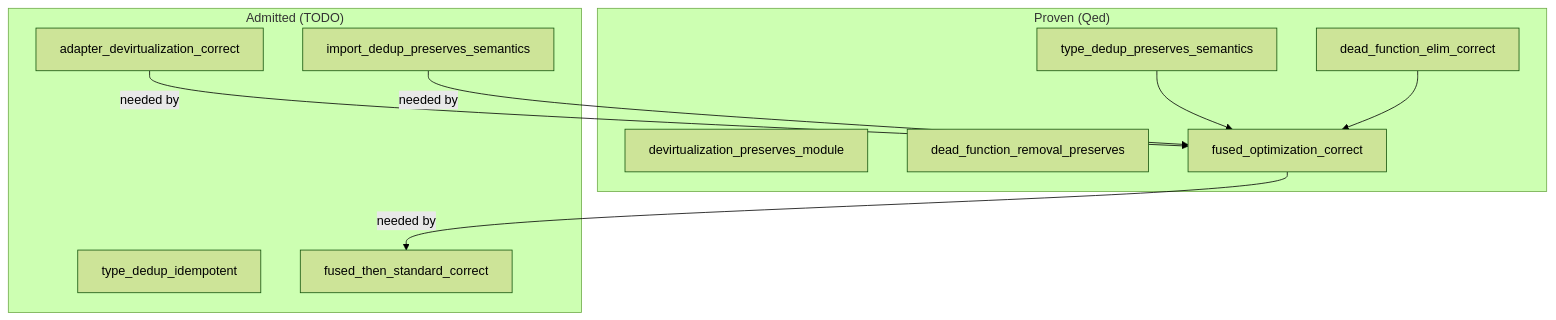
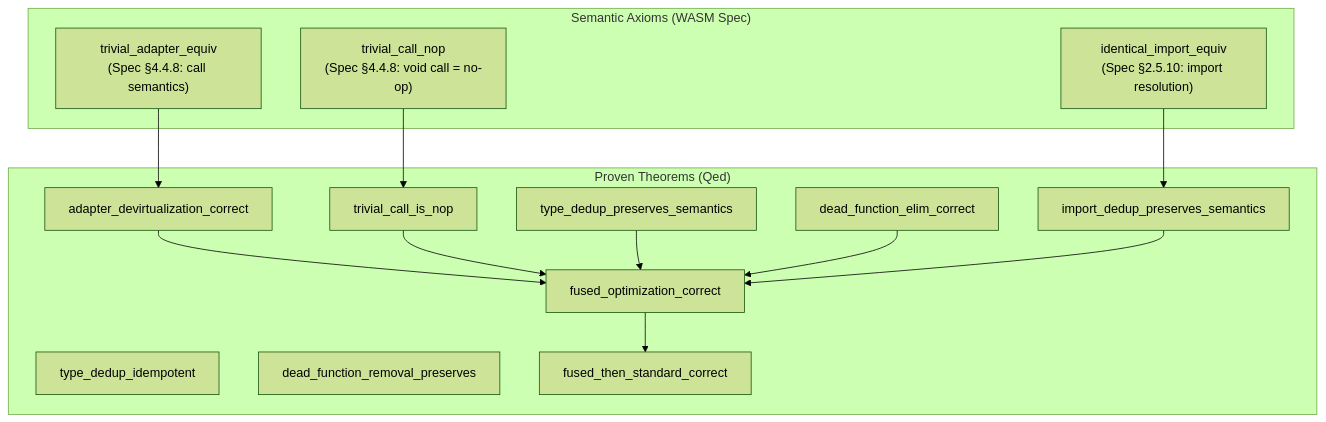
One commit to pulseengine/loom changed the sixth of 8 diagrams in docs/design/fused-component-optimization.md. Above: the diagram before and after it, drawn with Mermaid (forest theme). The commit also changed other lines of this file, not shown here.

````diff
--- a/docs/design/fused-component-optimization.md
+++ b/docs/design/fused-component-optimization.md
@@ -198,23 +213,30 @@
 ```mermaid
 flowchart TD
-    subgraph proven["Proven (Qed)"]
-        DP["devirtualization_preserves_module"]
+    subgraph axioms["Semantic Axioms (WASM Spec)"]
+        A1["trivial_adapter_equiv\n(Spec §4.4.8: call semantics)"]
+        A2["identical_import_equiv\n(Spec §2.5.10: import resolution)"]
+        A3["trivial_call_nop\n(Spec §4.4.8: void call = no-op)"]
+    end
+
+    subgraph proven["Proven Theorems (Qed)"]
+        AD["adapter_devirtualization_correct"]
+        TC["trivial_call_is_nop"]
         TP["type_dedup_preserves_semantics"]
+        TI["type_dedup_idempotent"]
         DE["dead_function_elim_correct"]
         DR["dead_function_removal_preserves"]
+        IP["import_dedup_preserves_semantics"]
         FC["fused_optimization_correct"]
-    end
-
-    subgraph admitted["Admitted (TODO)"]
-        AD["adapter_devirtualization_correct"]
-        TI["type_dedup_idempotent"]
-        IP["import_dedup_preserves_semantics"]
         FS["fused_then_standard_correct"]
     end
 
-    AD -->|"needed by"| FC
+    A1 --> AD
+    A2 --> IP
+    A3 --> TC
+    AD --> FC
+    TC --> FC
     TP --> FC
     DE --> FC
-    IP -->|"needed by"| FC
-    FC -->|"needed by"| FS
+    IP --> FC
+    FC --> FS
 ```
````
